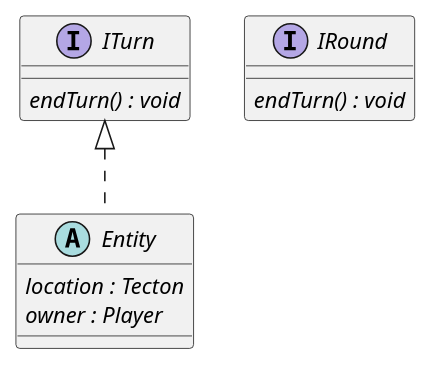
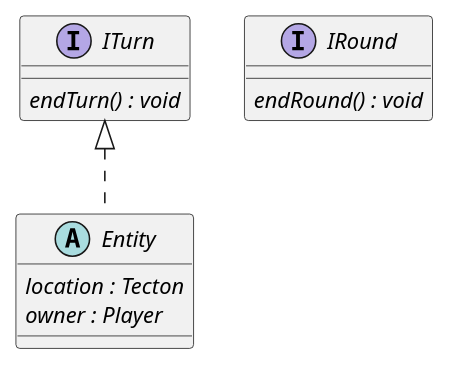
The diagram in 5/classes/core/core.puml (Petya-G/fungorium), drawn with PlantUML before and after one commit.

```diff
--- a/5/classes/core/core.puml
+++ b/5/classes/core/core.puml
@@ -1,16 +1,16 @@
 @startuml core
 
 interface ITurn{
     {abstract} endTurn() : void
 }
 
 interface IRound{
-    {abstract} endTurn() : void
+    {abstract} endRound() : void
 }
 
 abstract class Entity implements ITurn{
     {abstract} location : Tecton
     {abstract} owner : Player
 }
 
 @enduml
```
